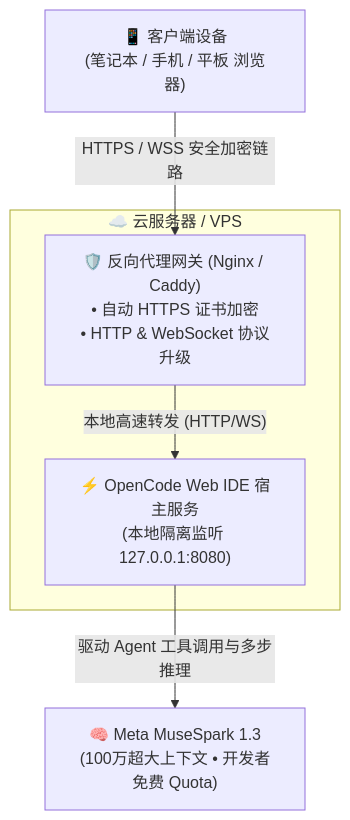
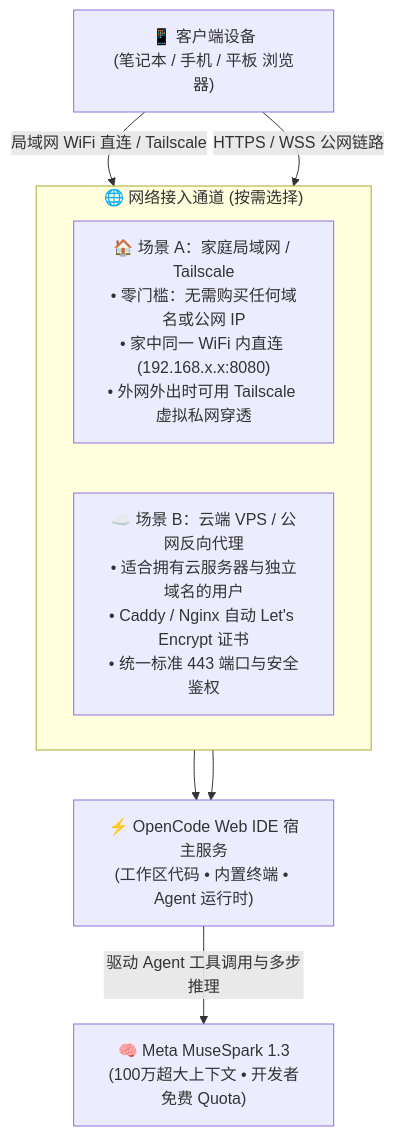
One commit to zjshen14/zjshen14.github.io changed the diagram in src/content/blog/zh/setup-opencode-remote-web-ide.md. Above: the diagram before and after it, drawn with Mermaid. The commit also changed other lines of this file and 1 other file, not shown here.

Commit message:
docs: expand OpenCode post with home LAN and Tailscale workflows without requiring domain

````diff
--- a/src/content/blog/zh/setup-opencode-remote-web-ide.md
+++ b/src/content/blog/zh/setup-opencode-remote-web-ide.md
@@ -26,15 +26,19 @@
 ```mermaid
 flowchart TD
     Client["📱 客户端设备<br/>(笔记本 / 手机 / 平板 浏览器)"]
-    
-    subgraph CloudServer ["☁️ 云服务器 / VPS"]
-        Proxy["🛡️ 反向代理网关 (Nginx / Caddy)<br/>• 自动 HTTPS 证书加密<br/>• HTTP & WebSocket 协议升级"]
-        OpenCode["⚡ OpenCode Web IDE 宿主服务<br/>(本地隔离监听 127.0.0.1:8080)"]
+
+    subgraph NetworkAccess ["🌐 网络接入通道 (按需选择)"]
+        direction LR
+        LAN["🏠 场景 A：家庭局域网 / Tailscale<br/>• 零门槛：无需购买任何域名或公网 IP<br/>• 家中同一 WiFi 内直连 (192.168.x.x:8080)<br/>• 外网外出时可用 Tailscale 虚拟私网穿透"]
+        Proxy["☁️ 场景 B：云端 VPS / 公网反向代理<br/>• 适合拥有云服务器与独立域名的用户<br/>• Caddy / Nginx 自动 Let's Encrypt 证书<br/>• 统一标准 443 端口与安全鉴权"]
     end
-    
+
+    OpenCode["⚡ OpenCode Web IDE 宿主服务<br/>(工作区代码 • 内置终端 • Agent 运行时)"]
     LLM["🧠 Meta MuseSpark 1.3<br/>(100万超大上下文 • 开发者免费 Quota)"]
 
-    Client -->|"HTTPS / WSS 安全加密链路"| Proxy
-    Proxy -->|"本地高速转发 (HTTP/WS)"| OpenCode
+    Client -->|"局域网 WiFi 直连 / Tailscale"| LAN
+    Client -->|"HTTPS / WSS 公网链路"| Proxy
+    LAN --> OpenCode
+    Proxy --> OpenCode
     OpenCode -->|"驱动 Agent 工具调用与多步推理"| LLM
 ```
````
